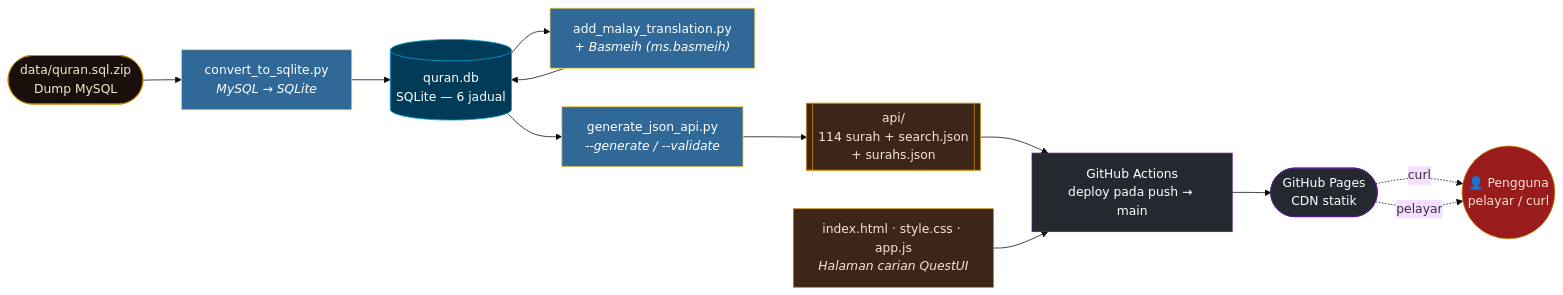
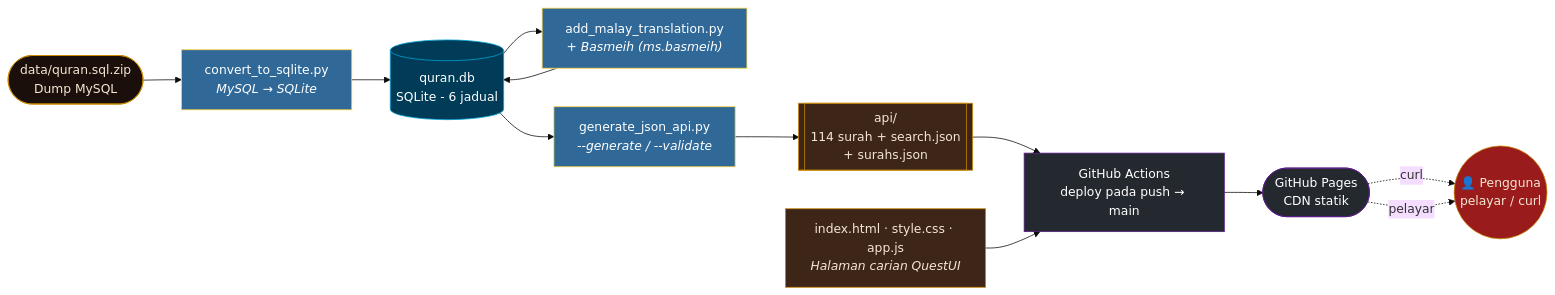
The first of 3 diagrams in README.ms-MY.md (strdst7/quran-database-malay), drawn with Mermaid (base theme) before and after one commit. The commit also changed other lines of this file and 1 other file, not shown here.

````diff
--- a/README.ms-MY.md
+++ b/README.ms-MY.md
@@ -101,29 +103,29 @@
 ```mermaid
 flowchart LR
   classDef src      fill:#1A0F0A,stroke:#CA8A04,color:#F5E6D3
   classDef py       fill:#306998,stroke:#FFD43B,color:#FFFFFF
   classDef db       fill:#003B57,stroke:#00A4D6,color:#FFFFFF
   classDef gh       fill:#24292F,stroke:#581C87,color:#FFFFFF
   classDef out      fill:#3D2618,stroke:#CA8A04,color:#F5E6D3
   classDef user     fill:#991B1B,stroke:#CA8A04,color:#F5E6D3
 
   Z(["data/quran.sql.zip<br/>Dump MySQL"]):::src
   C["convert_to_sqlite.py<br/><i>MySQL → SQLite</i>"]:::py
   M["add_malay_translation.py<br/><i>+ Basmeih (ms.basmeih)</i>"]:::py
-  DB[("quran.db<br/>SQLite — 6 jadual")]:::db
+  DB[("quran.db<br/>SQLite - 6 jadual")]:::db
   G["generate_json_api.py<br/><i>--generate / --validate</i>"]:::py
   API[["api/<br/>114 surah + search.json<br/>+ surahs.json"]]:::out
   UI["index.html · style.css · app.js<br/><i>Halaman carian QuestUI</i>"]:::out
   CI["GitHub Actions<br/>deploy pada push → main"]:::gh
   P(["GitHub Pages<br/>CDN statik"]):::gh
   U(("👤 Pengguna<br/>pelayar / curl")):::user
 
   Z --> C --> DB
   DB --> M --> DB
   DB --> G --> API
   API --> CI
   UI --> CI
   CI --> P
   P -.curl.-> U
   P -.pelayar.-> U
 ```
````
